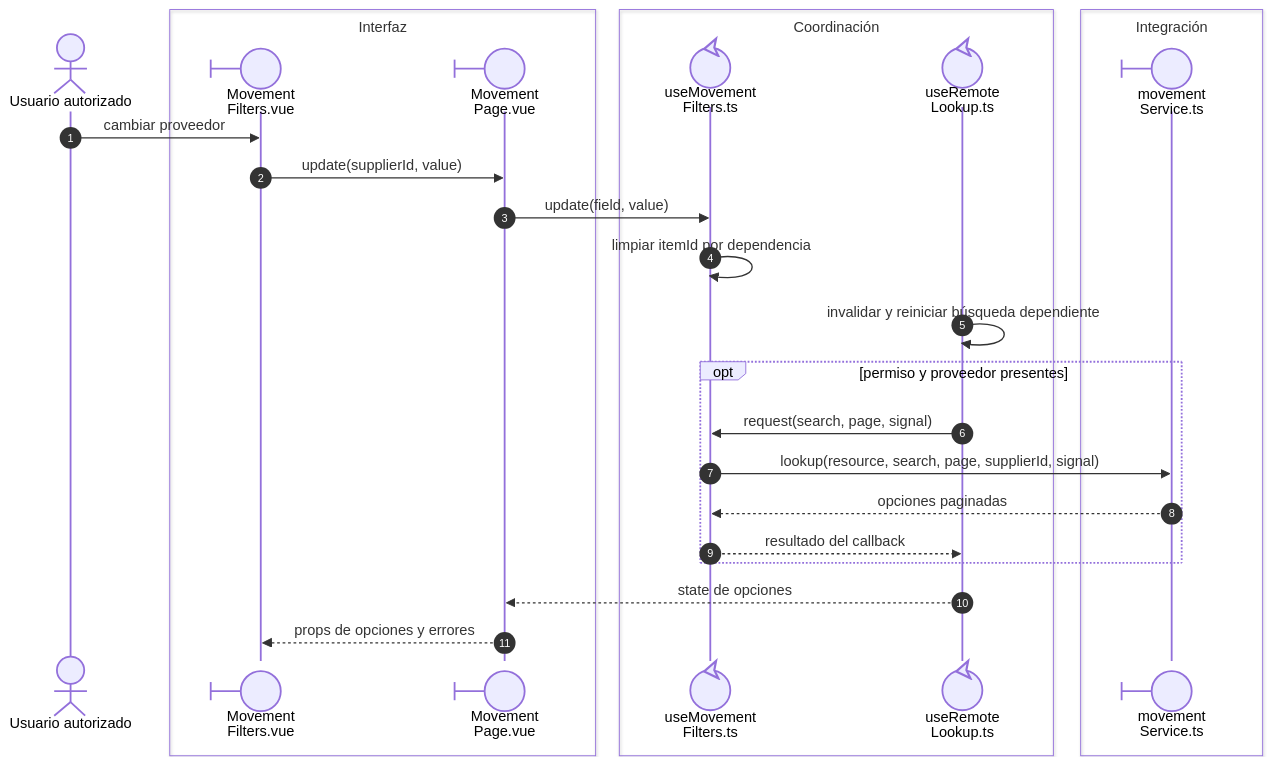
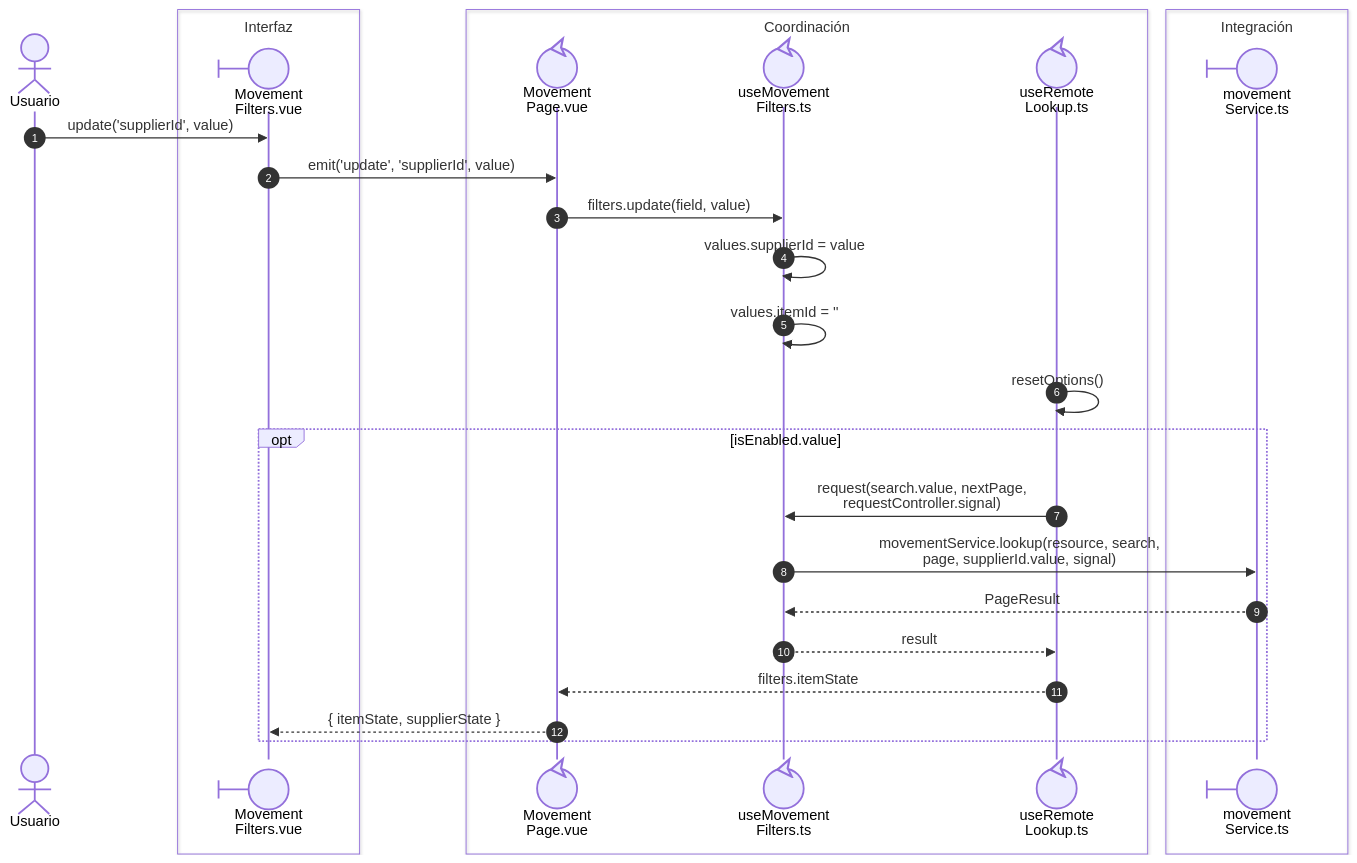
Before and after one commit to gpgsistemas01/nexus: the first of 2 diagrams in front/docs/architecture/views/processes/08-movements-and-reports/01-movement-filters.md, drawn with Mermaid. The commit also changed other lines of this file and 43 other files, not shown here.

````diff
--- a/front/docs/architecture/views/processes/08-movements-and-reports/01-movement-filters.md
+++ b/front/docs/architecture/views/processes/08-movements-and-reports/01-movement-filters.md
@@ -16,29 +7,30 @@
 ```mermaid
 sequenceDiagram
     autonumber
-    actor U as Usuario autorizado
+    actor U as Usuario
     box Interfaz
     participant View@{ "type": "boundary" } as Movement<br/>Filters.vue
-    participant Page@{ "type": "boundary" } as Movement<br/>Page.vue
     end
     box Coordinación
+    participant Page@{ "type": "control" } as Movement<br/>Page.vue
     participant Filters@{ "type": "control" } as useMovement<br/>Filters.ts
     participant Lookup@{ "type": "control" } as useRemote<br/>Lookup.ts
     end
     box Integración
     participant Service@{ "type": "boundary" } as movement<br/>Service.ts
     end
-    U->>View: cambiar proveedor
-    View->>Page: update(supplierId, value)
-    Page->>Filters: update(field, value)
-    Filters->>Filters: limpiar itemId por dependencia
-    Lookup->>Lookup: invalidar y reiniciar búsqueda dependiente
-    opt permiso y proveedor presentes
-        Lookup->>Filters: request(search, page, signal)
-        Filters->>Service: lookup(resource, search, page, supplierId, signal)
-        Service-->>Filters: opciones paginadas
-        Filters-->>Lookup: resultado del callback
+    U->>View: nowrap: update('supplierId', value)
+    View->>Page: nowrap: emit('update', 'supplierId', value)
+    Page->>Filters: nowrap: filters.update(field, value)
+    Filters->>Filters: nowrap: values.supplierId = value
+    Filters->>Filters: nowrap: values.itemId = ''
+    Lookup->>Lookup: nowrap: resetOptions()
+    opt nowrap: isEnabled.value
+        Lookup->>Filters: nowrap: request(search.value, nextPage,<br/>requestController.signal)
+        Filters->>Service: nowrap: movementService.lookup(resource, search,<br/>page, supplierId.value, signal)
+        Service-->>Filters: nowrap: PageResult
+        Filters-->>Lookup: nowrap: result
+        Lookup-->>Page: nowrap: filters.itemState
+        Page-->>View: nowrap: { itemState, supplierState }
     end
-    Lookup-->>Page: state de opciones
-    Page-->>View: props de opciones y errores
 ```
````
